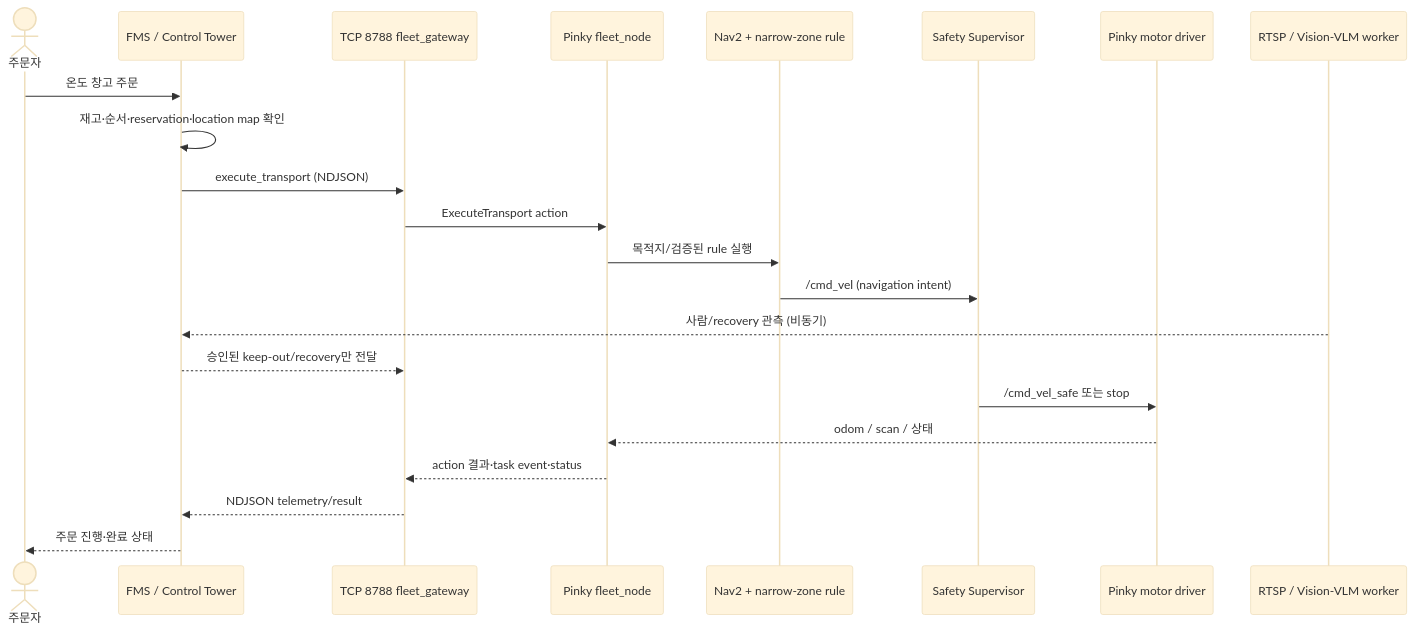
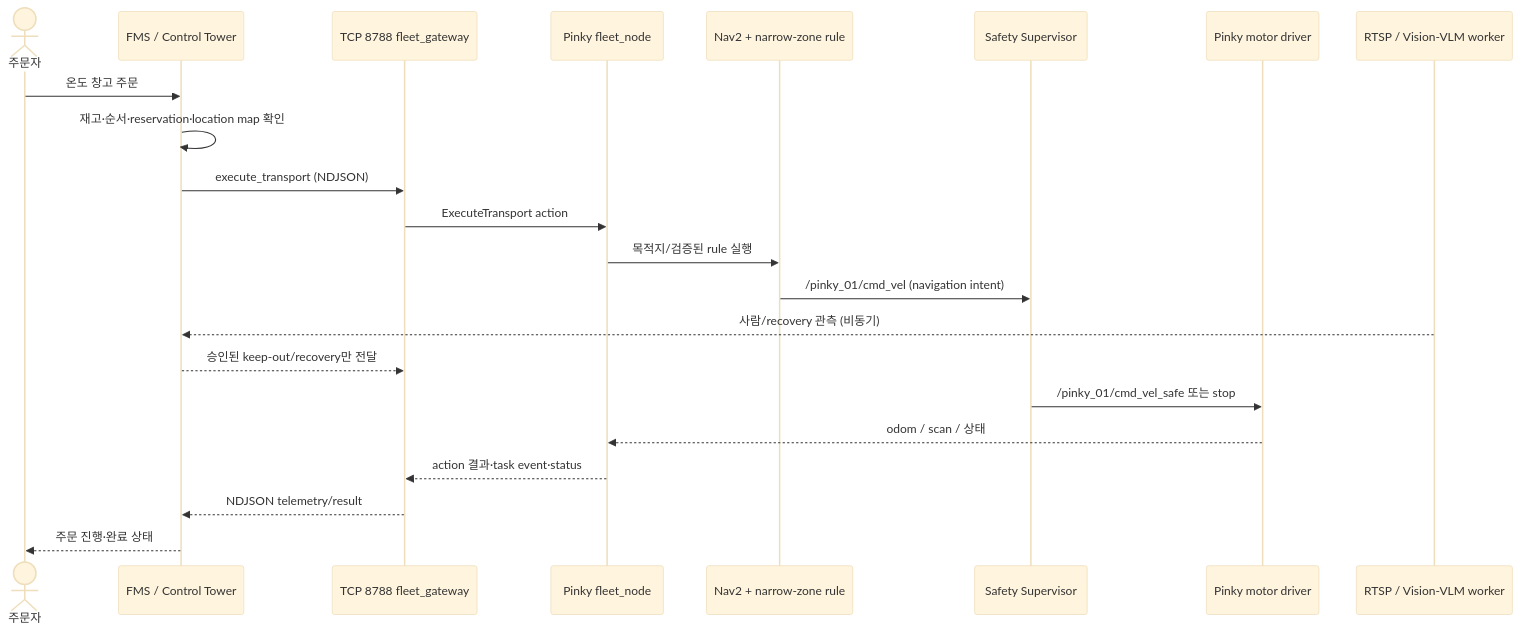
One commit to dadaru7887/Trihouse changed the diagram in docs/guides/pinky-autonomous-operation.md. Above: the diagram before and after it, drawn with Mermaid (base theme). The commit also changed other lines of this file and 12 other files, not shown here.

````diff
--- a/docs/guides/pinky-autonomous-operation.md
+++ b/docs/guides/pinky-autonomous-operation.md
@@ -335,25 +592,25 @@
 ```mermaid
 sequenceDiagram
     actor User as 주문자
     participant FMS as FMS / Control Tower
     participant GW as TCP 8788 fleet_gateway
     participant Fleet as Pinky fleet_node
     participant Nav2 as Nav2 + narrow-zone rule
     participant Safety as Safety Supervisor
     participant Motor as Pinky motor driver
     participant Vision as RTSP / Vision-VLM worker
 
     User->>FMS: 온도 창고 주문
     FMS->>FMS: 재고·순서·reservation·location map 확인
     FMS->>GW: execute_transport (NDJSON)
     GW->>Fleet: ExecuteTransport action
     Fleet->>Nav2: 목적지/검증된 rule 실행
-    Nav2->>Safety: /cmd_vel (navigation intent)
+    Nav2->>Safety: /pinky_01/cmd_vel (navigation intent)
     Vision-->>FMS: 사람/recovery 관측 (비동기)
     FMS-->>GW: 승인된 keep-out/recovery만 전달
-    Safety->>Motor: /cmd_vel_safe 또는 stop
+    Safety->>Motor: /pinky_01/cmd_vel_safe 또는 stop
     Motor-->>Fleet: odom / scan / 상태
     Fleet-->>GW: action 결과·task event·status
     GW-->>FMS: NDJSON telemetry/result
     FMS-->>User: 주문 진행·완료 상태
 ```
````
